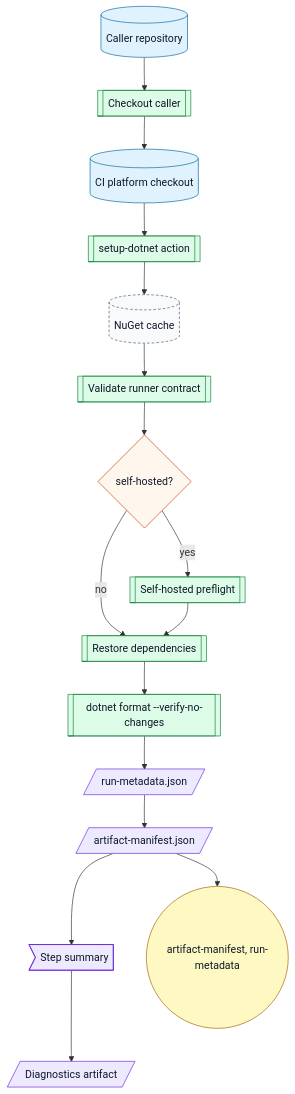
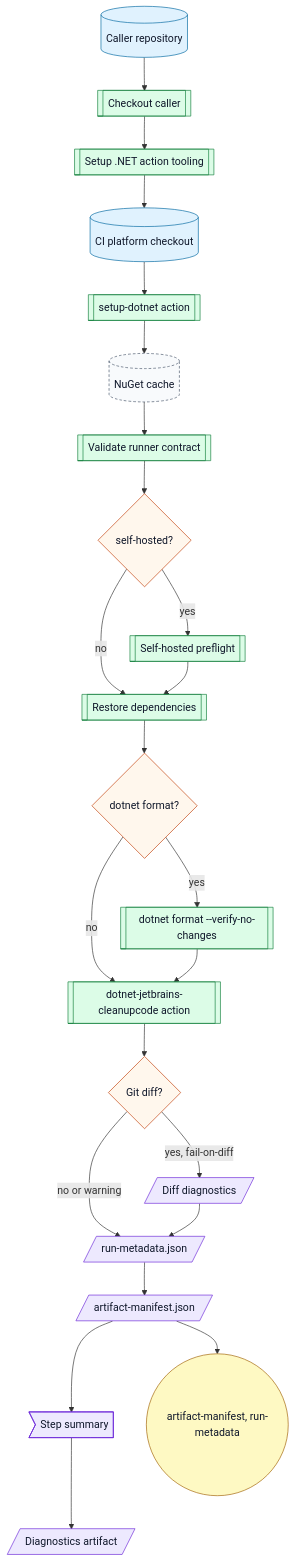
Before and after one commit to ArkanisCorporation/ci: the first of 17 diagrams in docs/workflow-catalog.md, drawn with Mermaid. The commit also changed other lines of this file and 17 other files, not shown here.

Commit message:
fix(gha): fold cleanupcode into dotnet format

````diff
--- a/docs/workflow-catalog.md
+++ b/docs/workflow-catalog.md
@@ -552,30 +533,37 @@
 ```mermaid
 flowchart TD
   caller[("Caller repository")] --> checkout[[Checkout caller]]
-  checkout --> platform[("CI platform checkout")]
+  checkout --> tooling[[Setup .NET action tooling]]
+  tooling --> platform[("CI platform checkout")]
   platform --> setup[[setup-dotnet action]]
   setup --> cache[("NuGet cache")]
   cache --> validate[[Validate runner contract]]
   validate --> preflight{self-hosted?}
   preflight -->|yes| sh[[Self-hosted preflight]]
   preflight -->|no| restore[[Restore dependencies]]
   sh --> restore
-  restore --> format[[dotnet format --verify-no-changes]]
-  format --> metadata[/run-metadata.json/]
+  restore --> format{dotnet format?}
+  format -->|yes| dotnetFormat[[dotnet format --verify-no-changes]]
+  format -->|no| cleanup[[dotnet-jetbrains-cleanupcode action]]
+  dotnetFormat --> cleanup
+  cleanup --> diff{Git diff?}
+  diff -->|yes, fail-on-diff| fail[/Diff diagnostics/]
+  diff -->|no or warning| metadata[/run-metadata.json/]
+  fail --> metadata
   metadata --> manifest[/artifact-manifest.json/]
   manifest --> summary>Step summary]
   summary --> diagnostics[/Diagnostics artifact/]
   manifest --> outputs(("artifact-manifest, run-metadata"))
   classDef repo fill:#e0f2fe,stroke:#0369a1,color:#0f172a
   classDef action fill:#dcfce7,stroke:#15803d,color:#0f172a
   classDef decision fill:#fff7ed,stroke:#c2410c,color:#0f172a
   classDef artifact fill:#ede9fe,stroke:#6d28d9,color:#0f172a
   classDef output fill:#fef9c3,stroke:#a16207,color:#0f172a
   classDef external fill:#f8fafc,stroke:#475569,stroke-dasharray: 4 3,color:#0f172a
   class caller,platform repo
-  class checkout,setup,validate,sh,restore,format action
-  class preflight decision
-  class metadata,manifest,summary,diagnostics artifact
+  class checkout,tooling,setup,validate,sh,restore,dotnetFormat,cleanup action
+  class preflight,format,diff decision
+  class fail,metadata,manifest,summary,diagnostics artifact
   class outputs output
   class cache external
 ```
````
